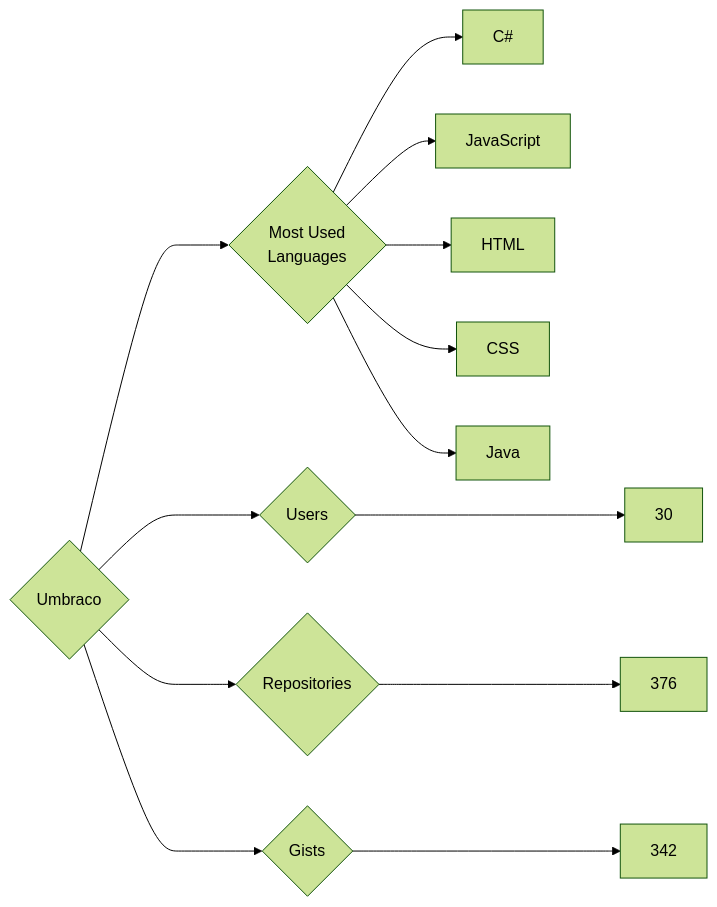
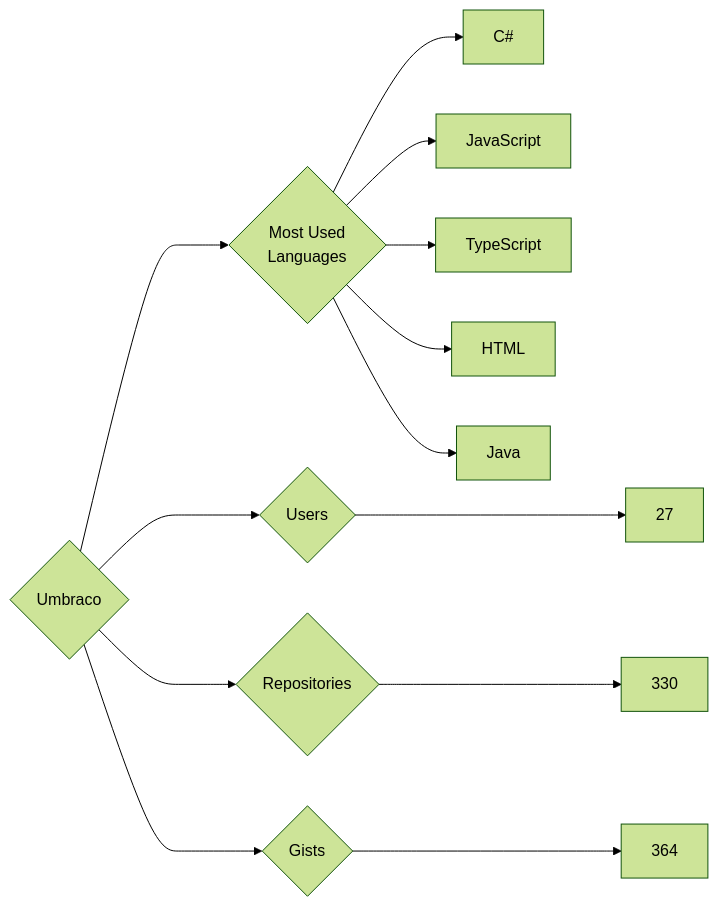
The diagram in targets/Umbraco/README.md (trickest/insiders), drawn with Mermaid (forest theme) before and after one commit. The commit also changed 939 other files, not shown here.

````diff
--- a/targets/Umbraco/README.md
+++ b/targets/Umbraco/README.md
@@ -3,13 +3,13 @@
 ```mermaid
 graph LR
 COMPANY_NAME{Umbraco}
-COMPANY_NAME ---> U{Users} ---> UN[30]
-COMPANY_NAME ---> R{Repositories} ---> RN[376]
-COMPANY_NAME ---> G{Gists} ---> GN[342]
+COMPANY_NAME ---> U{Users} ---> UN[27]
+COMPANY_NAME ---> R{Repositories} ---> RN[330]
+COMPANY_NAME ---> G{Gists} ---> GN[364]
 COMPANY_NAME ---> ML{Most Used<br>Languages}
 ML --> C#[C#]
 ML --> JavaScript[JavaScript]
+ML --> TypeScript[TypeScript]
 ML --> HTML[HTML]
-ML --> CSS[CSS]
 ML --> Java[Java]
 ```
````
